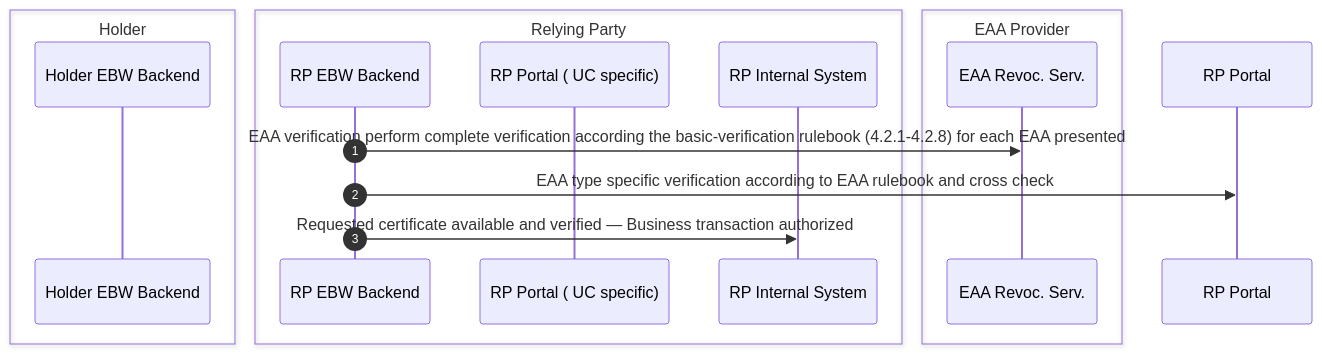
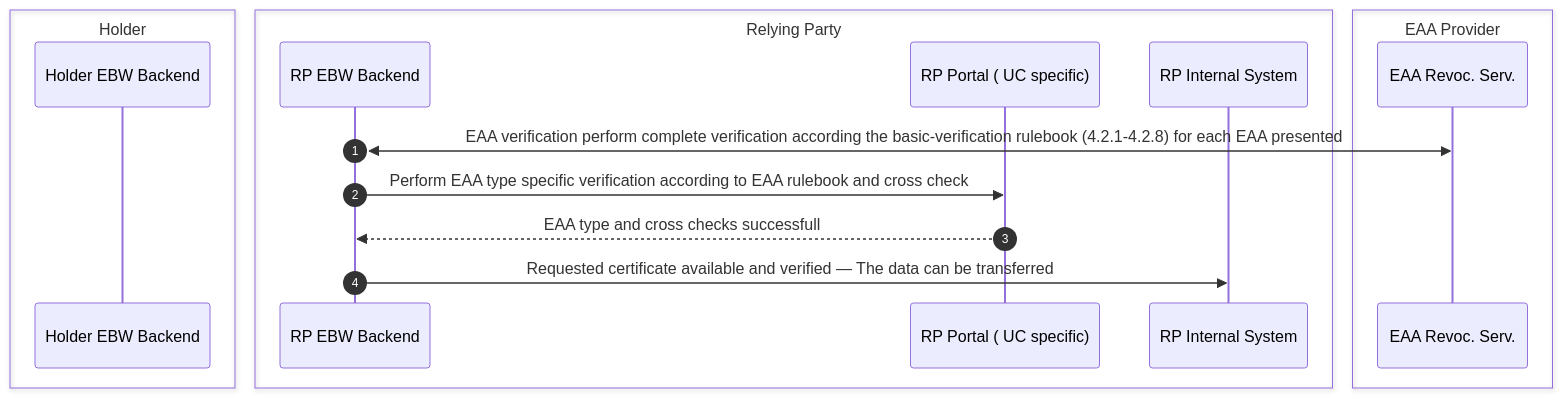
Before and after one commit to webuild-consortium/webuild-attestation-rulebooks-catalog: the seventh of 8 diagrams in rulebooks/rb-base/holder-authorization-handshake.md, drawn with Mermaid. The commit also changed other lines of this file, not shown here.

Commit message:
Update holder-authorization-handshake.md
save

````diff
--- a/rulebooks/rb-base/holder-authorization-handshake.md
+++ b/rulebooks/rb-base/holder-authorization-handshake.md
@@ -374,19 +374,19 @@
 ```mermaid
 sequenceDiagram
     autonumber
     box Holder
     participant HW as Holder EBW Backend
     end
     box Relying Party
     participant SW as RP EBW Backend
     participant SP as RP Portal ( UC specific)
     participant SIS as RP Internal System
     end
     box EAA Provider
     participant EAAR as EAA Revoc. Serv.
     end
-    SW->>EAAR: EAA verification perform complete verification according the basic-verification rulebook (4.2.1-4.2.8) for each EAA presented
-    SW ->> RP Portal: EAA type specific verification according to EAA rulebook and cross check
-
-    SW->>SIS: Requested certificate available and verified — Business transaction authorized
+    SW<<->>EAAR: EAA verification perform complete verification according the basic-verification rulebook (4.2.1-4.2.8) for each EAA presented
+    SW ->> SP: Perform EAA type specific verification according to EAA rulebook and cross check
+    SP-->>SW: EAA type and cross checks successfull
+    SW->>SIS: Requested certificate available and verified — The data can be transferred
 ```
````
